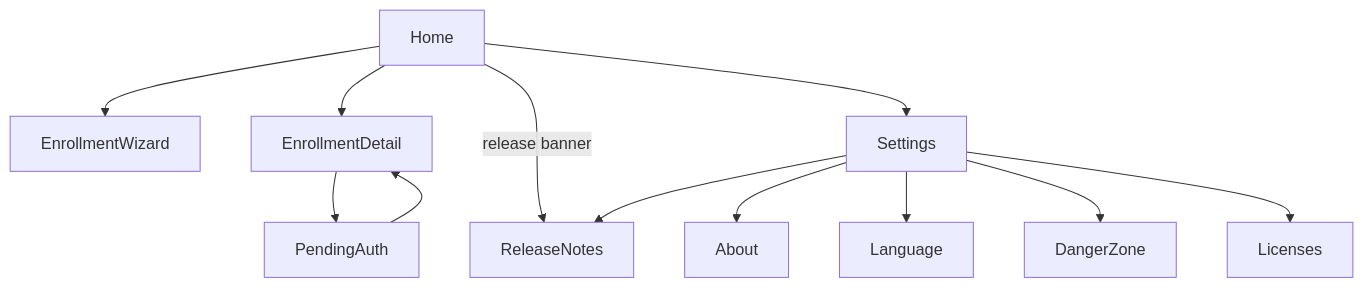
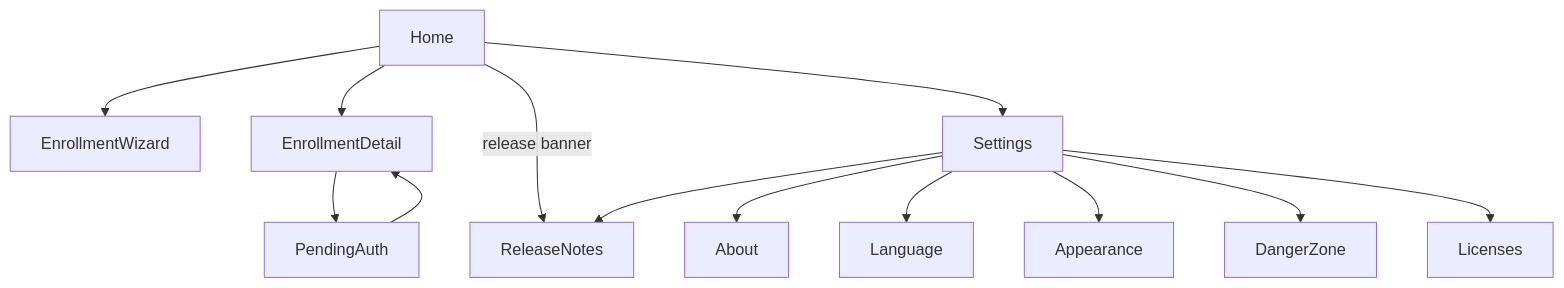
Before and after one commit to mgagp/ezkey: the first of 3 diagrams in ezkey_mobile/docs/MOBILE_SCREENS_AND_WIREFLOWS.md, drawn with Mermaid. The commit also changed other lines of this file and 45 other files, not shown here.

````diff
--- a/ezkey_mobile/docs/MOBILE_SCREENS_AND_WIREFLOWS.md
+++ b/ezkey_mobile/docs/MOBILE_SCREENS_AND_WIREFLOWS.md
@@ -17,14 +17,15 @@
 ```mermaid
 flowchart TD
   Home --> EnrollmentWizard
   Home --> EnrollmentDetail
   EnrollmentDetail --> PendingAuth
   Home --> Settings
   Home -->|release banner| ReleaseNotes
   Settings --> ReleaseNotes
   Settings --> About
   Settings --> Language
+  Settings --> Appearance
   Settings --> DangerZone
   Settings --> Licenses
   PendingAuth --> EnrollmentDetail
 ```
````
